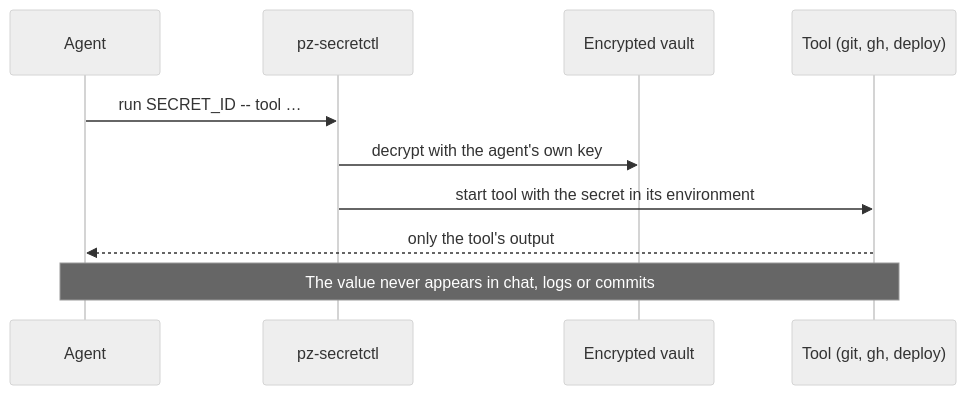
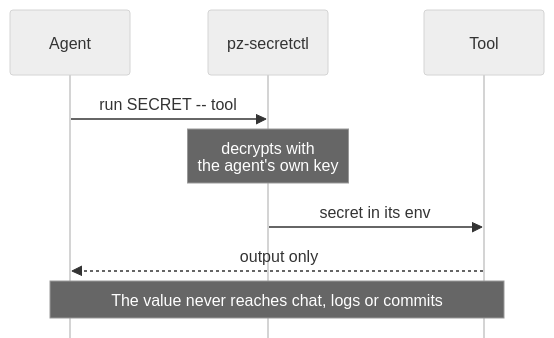
Before and after one commit to smarterworkerai/.github: the fourth of 4 diagrams in profile/README.md, drawn with Mermaid (neutral theme). The commit also changed other lines of this file, not shown here.

First line of the commit message:
Profile: narrower diagrams (GitHub controls no longer cover them)

````diff
--- a/profile/README.md
+++ b/profile/README.md
@@ -104,12 +93,12 @@
 ```mermaid
+%%{init: {"sequence": {"mirrorActors": false, "actorMargin": 40, "width": 120}}}%%
 sequenceDiagram
     participant A as Agent
     participant S as pz-secretctl
-    participant V as Encrypted vault
-    participant T as Tool (git, gh, deploy)
-    A->>S: run SECRET_ID -- tool …
-    S->>V: decrypt with the agent's own key
-    S->>T: start tool with the secret in its environment
-    T-->>A: only the tool's output
-    Note over A,T: The value never appears in chat, logs or commits
+    participant T as Tool
+    A->>S: run SECRET -- tool
+    Note over S: decrypts with<br/>the agent's own key
+    S->>T: secret in its env
+    T-->>A: output only
+    Note over A,T: The value never reaches chat, logs or commits
 ```
````
